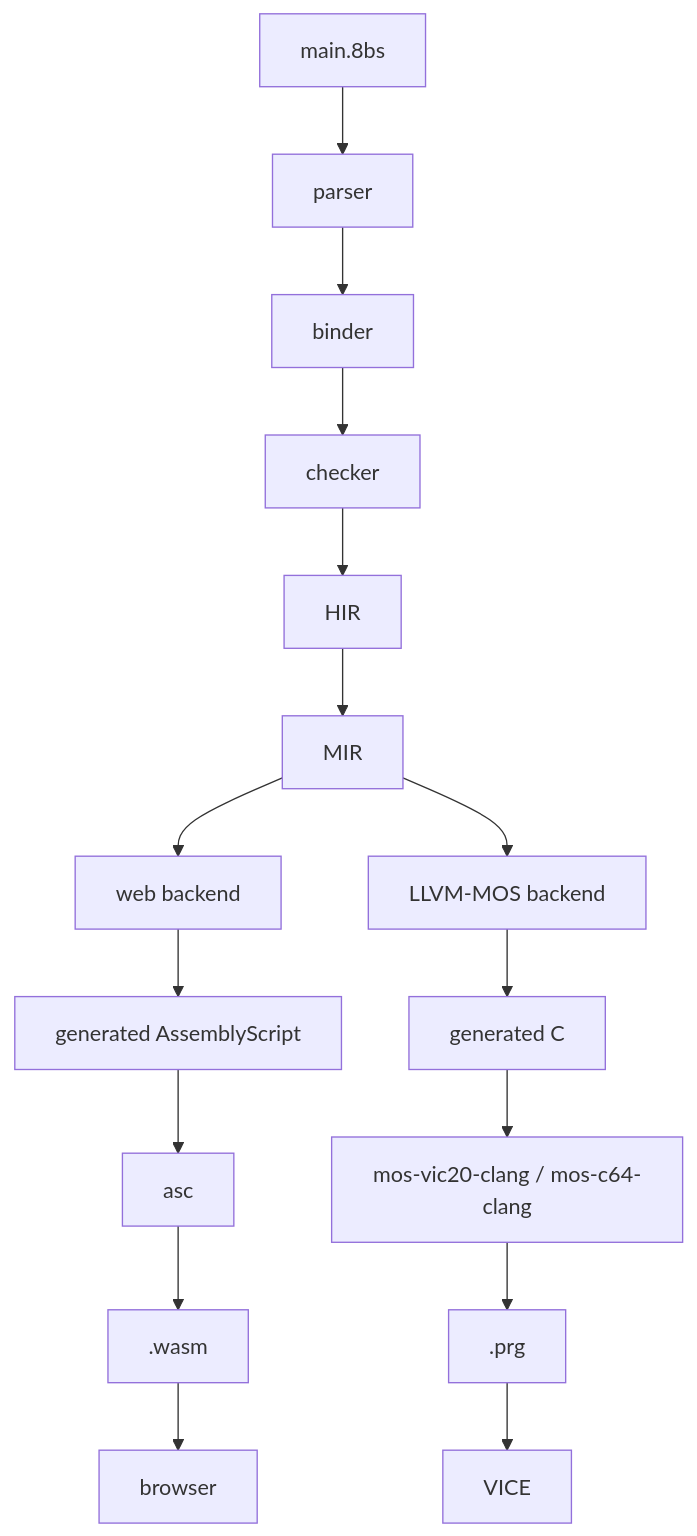
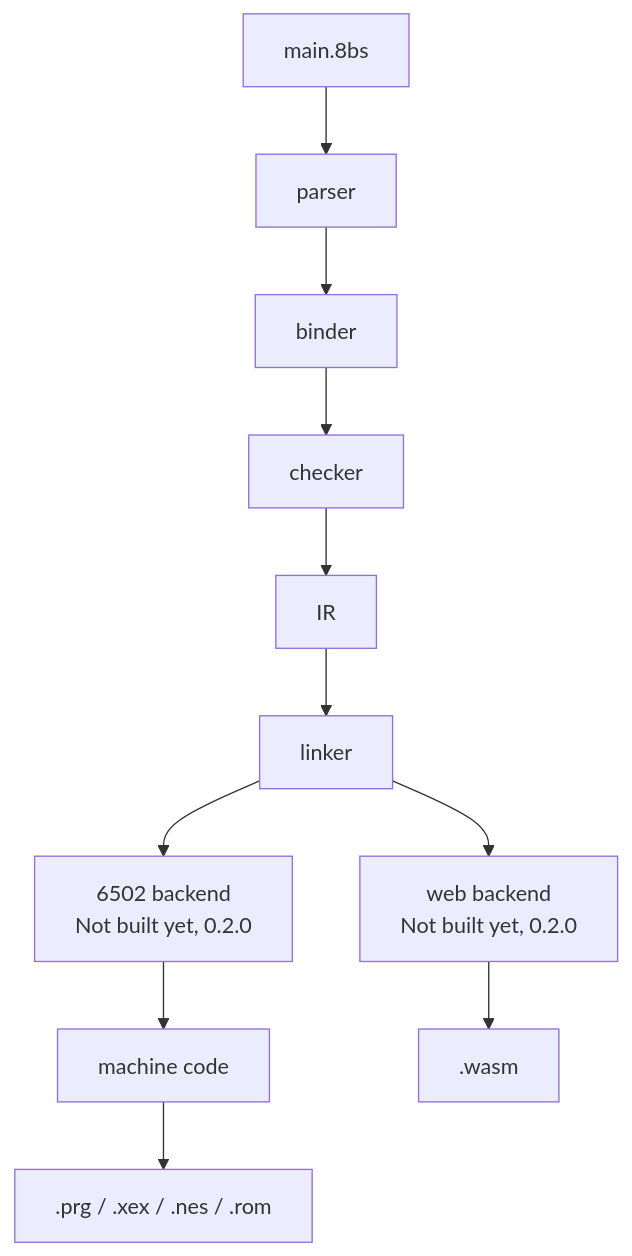
The diagram in README.md (8BitScript/8bitscript), drawn with Mermaid before and after one commit. The commit also changed other lines of this file and 83 other files, not shown here.

Commit message:
docs: describe the native-backend pipeline and mark every target as not building until 0.2.0

````diff
--- a/README.md
+++ b/README.md
@@ -58,18 +59,13 @@
 ```mermaid
 flowchart TD
     SRC["main.8bs"] --> PARSER["parser"]
     PARSER --> BINDER["binder"]
     BINDER --> CHECKER["checker"]
-    CHECKER --> HIR["HIR"]
-    HIR --> MIR["MIR"]
-    MIR --> WEB["web backend"]
-    MIR --> MOS["LLVM-MOS backend"]
-    WEB --> ASGEN["generated AssemblyScript"]
-    ASGEN --> ASC["asc"]
-    ASC --> WASM[".wasm"]
-    WASM --> BROWSER["browser"]
-    MOS --> CGEN["generated C"]
-    CGEN --> CLANG["mos-vic20-clang / mos-c64-clang"]
-    CLANG --> PRG[".prg"]
-    PRG --> VICE["VICE"]
+    CHECKER --> IR["IR"]
+    IR --> LINKER["linker"]
+    LINKER --> MOS["6502 backend<br/>Not built yet, 0.2.0"]
+    LINKER --> WEB["web backend<br/>Not built yet, 0.2.0"]
+    MOS --> MC["machine code"]
+    MC --> PRG[".prg / .xex / .nes / .rom"]
+    WEB --> WASM[".wasm"]
 ```
````
